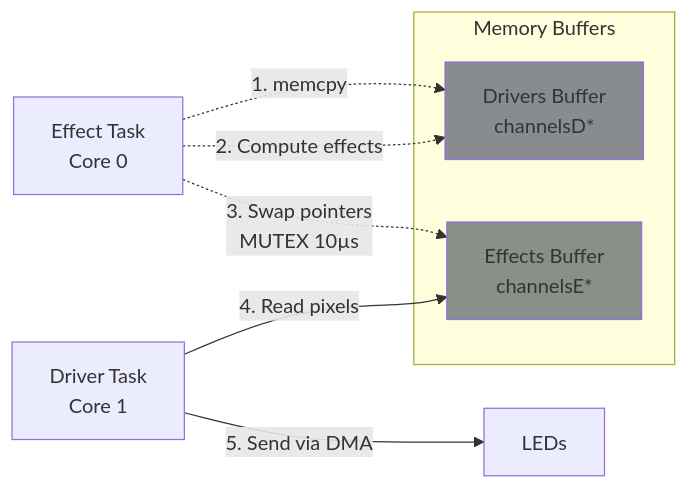
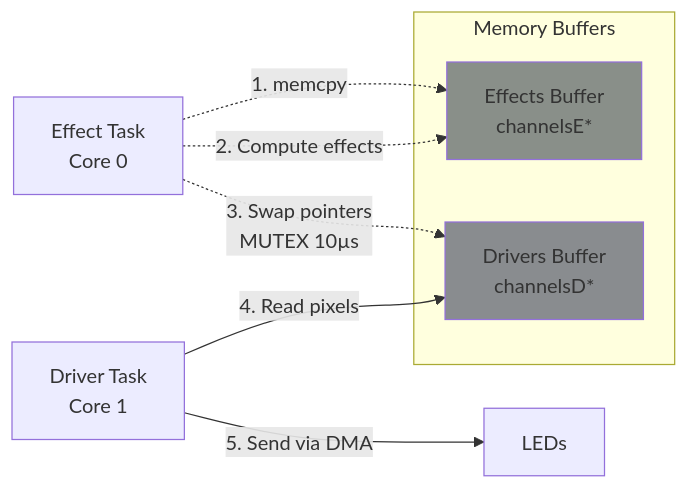
Before and after one commit to troyhacks/MoonLight: the third of 5 diagrams in docs/develop/architecture.md, drawn with Mermaid. The commit also changed other lines of this file and 1 other file, not shown here.

Commit message:
changes in architecture and main simplify double buffering

````diff
--- a/docs/develop/architecture.md
+++ b/docs/develop/architecture.md
@@ -132,17 +132,17 @@
 ```mermaid
 graph LR
     subgraph MemoryBuffers["Memory Buffers"]
         Effects[Effects Buffer<br/>channelsE*]
         Drivers[Drivers Buffer<br/>channelsD*]
     end
     
-    EffectTask[Effect Task<br/>Core 0] -.->|1. memcpy| Drivers
-    EffectTask -.->|2. Compute effects| Drivers
-    EffectTask -.->|3. Swap pointers<br/>MUTEX 10µs| Effects
+    EffectTask[Effect Task<br/>Core 0] -.->|1. memcpy| Effects
+    EffectTask -.->|2. Compute effects| Effects
+    EffectTask -.->|3. Swap pointers<br/>MUTEX 10µs| Drivers
     
-    DriverTask[Driver Task<br/>Core 1] -->|4. Read pixels| Effects
+    DriverTask[Driver Task<br/>Core 1] -->|4. Read pixels| Drivers
     DriverTask -->|5. Send via DMA| LEDs[LEDs]
     
     style Effects fill:#898f89
     style Drivers fill:#898c8f
 ```
````
